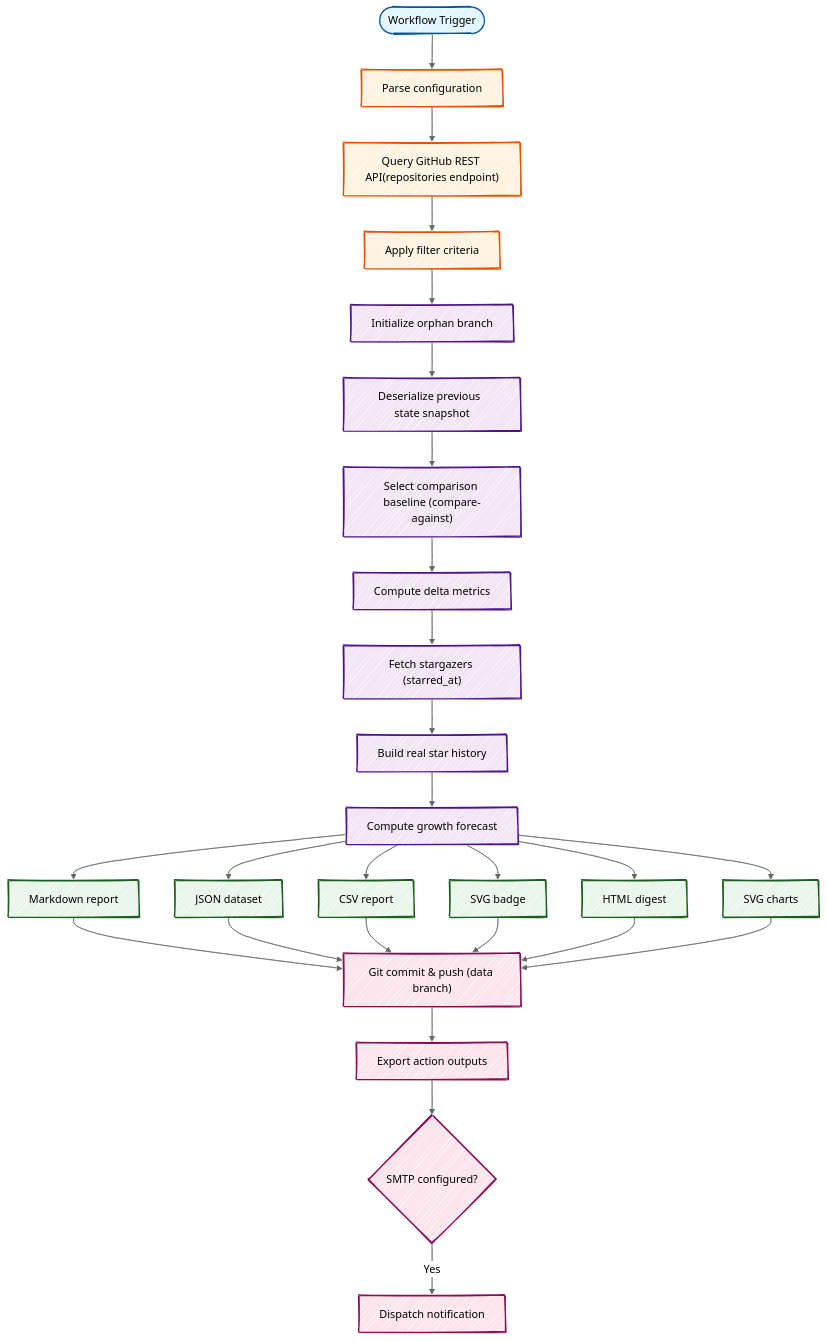
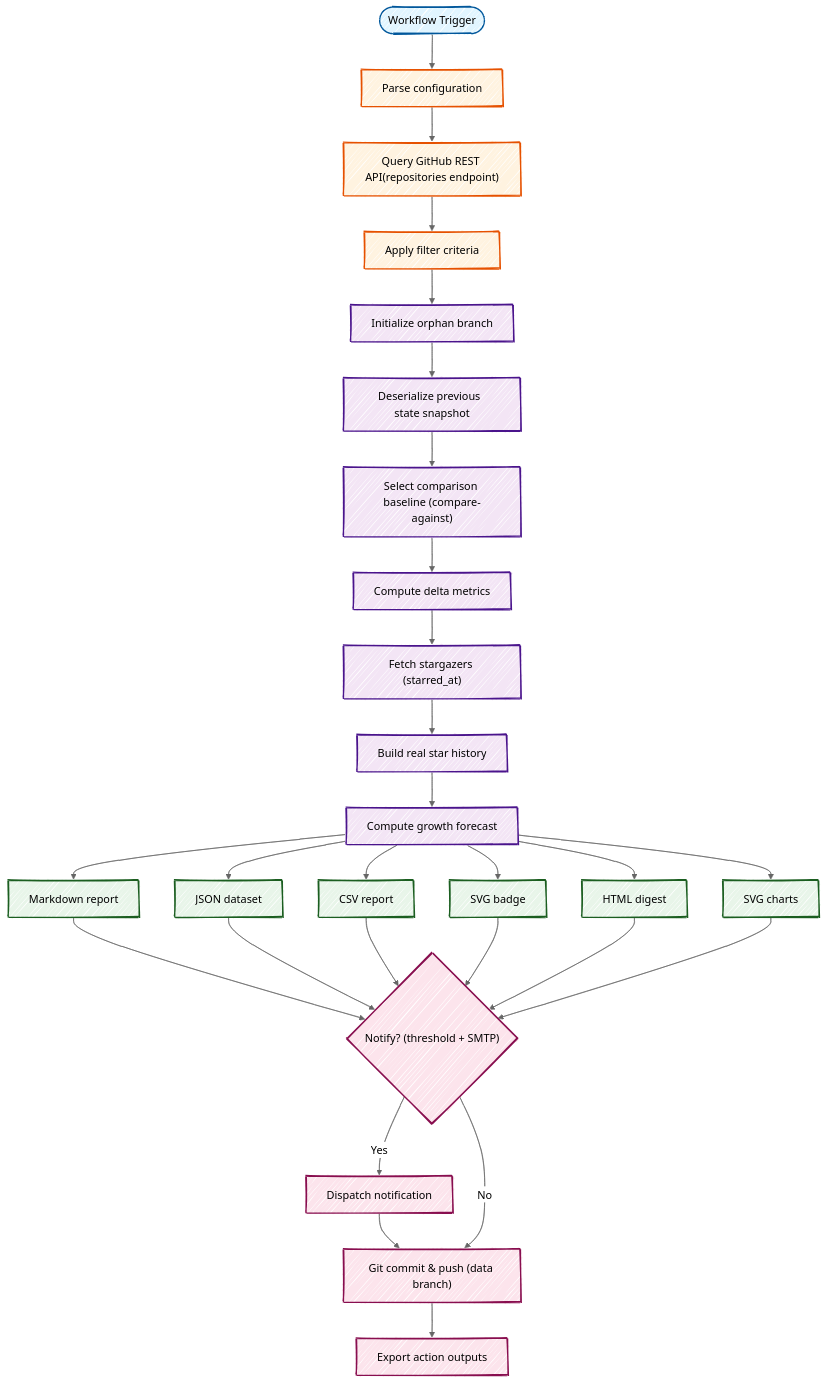
Before and after one commit to fbuireu/github-star-tracker: the diagram in docs/wiki/How-It-Works.md, drawn with Mermaid. The commit also changed other lines of this file and 88 other files, not shown here.

````diff
--- a/docs/wiki/How-It-Works.md
+++ b/docs/wiki/How-It-Works.md
@@ -7,58 +7,60 @@
 ```mermaid
 ---
 config:
   look: handDrawn
   theme: neutral
 ---
 flowchart TD
     trigger(["Workflow Trigger"])
     config["Parse configuration"]
     fetch["Query GitHub REST API(repositories endpoint)"]
     filter["Apply filter criteria"]
     init["Initialize orphan branch"]
     read["Deserialize previous  state snapshot"]
     baseline["Select comparison baseline (compare-against)"]
     compare["Compute delta metrics"]
     stargazers["Fetch stargazers (starred_at)"]
     history["Build real star history"]
     forecast["Compute growth forecast"]
     md["Markdown report"]
     json["JSON dataset"]
     csv["CSV report"]
     svg["SVG badge"]
     html["HTML digest"]
     charts["SVG charts"]
     commit["Git commit & push (data branch)"]
     setout["Export action outputs"]
-    email{"SMTP configured?"}
+    email{"Notify? (threshold + SMTP)"}
     send["Dispatch notification"]
 
     trigger --> config --> fetch --> filter
     filter --> init --> read --> baseline --> compare
     compare --> stargazers --> history --> forecast
     forecast --> md & json & csv & svg & html & charts
-    md & json & csv & svg & html & charts --> commit --> setout --> email
-    email -->|Yes| send
+    md & json & csv & svg & html & charts --> email
+    email -->|Yes| send --> commit
+    email -->|No| commit
+    commit --> setout
 
     style trigger fill:#e1f5ff,stroke:#01579b,stroke-width:2px
     style config fill:#fff3e0,stroke:#e65100,stroke-width:2px
     style fetch fill:#fff3e0,stroke:#e65100,stroke-width:2px
     style filter fill:#fff3e0,stroke:#e65100,stroke-width:2px
     style init fill:#f3e5f5,stroke:#4a148c,stroke-width:2px
     style read fill:#f3e5f5,stroke:#4a148c,stroke-width:2px
     style baseline fill:#f3e5f5,stroke:#4a148c,stroke-width:2px
     style compare fill:#f3e5f5,stroke:#4a148c,stroke-width:2px
     style stargazers fill:#f3e5f5,stroke:#4a148c,stroke-width:2px
     style history fill:#f3e5f5,stroke:#4a148c,stroke-width:2px
     style forecast fill:#f3e5f5,stroke:#4a148c,stroke-width:2px
     style md fill:#e8f5e9,stroke:#1b5e20,stroke-width:2px
     style json fill:#e8f5e9,stroke:#1b5e20,stroke-width:2px
     style csv fill:#e8f5e9,stroke:#1b5e20,stroke-width:2px
     style svg fill:#e8f5e9,stroke:#1b5e20,stroke-width:2px
     style html fill:#e8f5e9,stroke:#1b5e20,stroke-width:2px
     style charts fill:#e8f5e9,stroke:#1b5e20,stroke-width:2px
     style commit fill:#fce4ec,stroke:#880e4f,stroke-width:2px
     style setout fill:#fce4ec,stroke:#880e4f,stroke-width:2px
     style email fill:#fce4ec,stroke:#880e4f,stroke-width:2px
     style send fill:#fce4ec,stroke:#880e4f,stroke-width:2px
 ```
````
